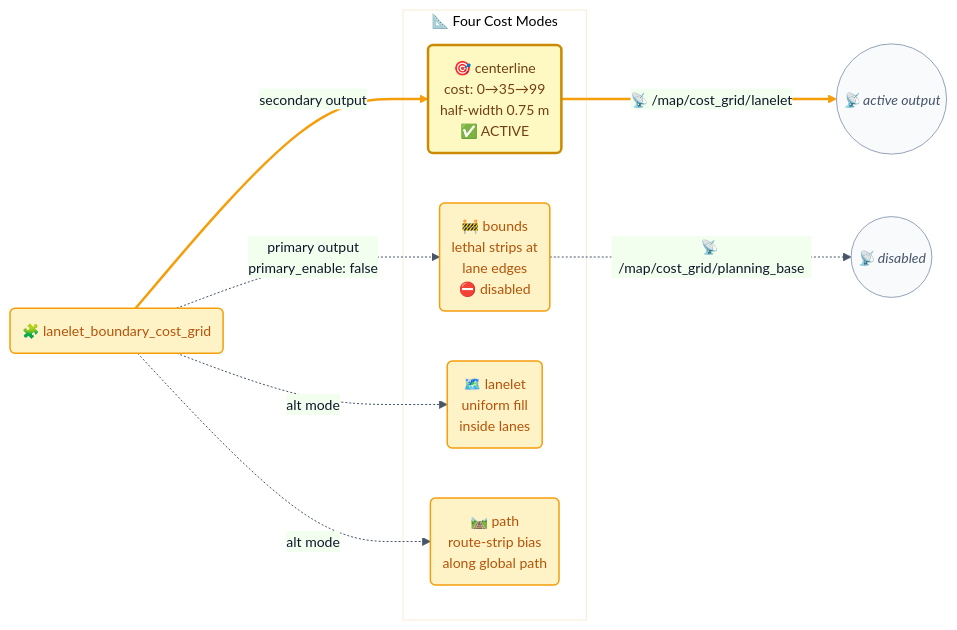
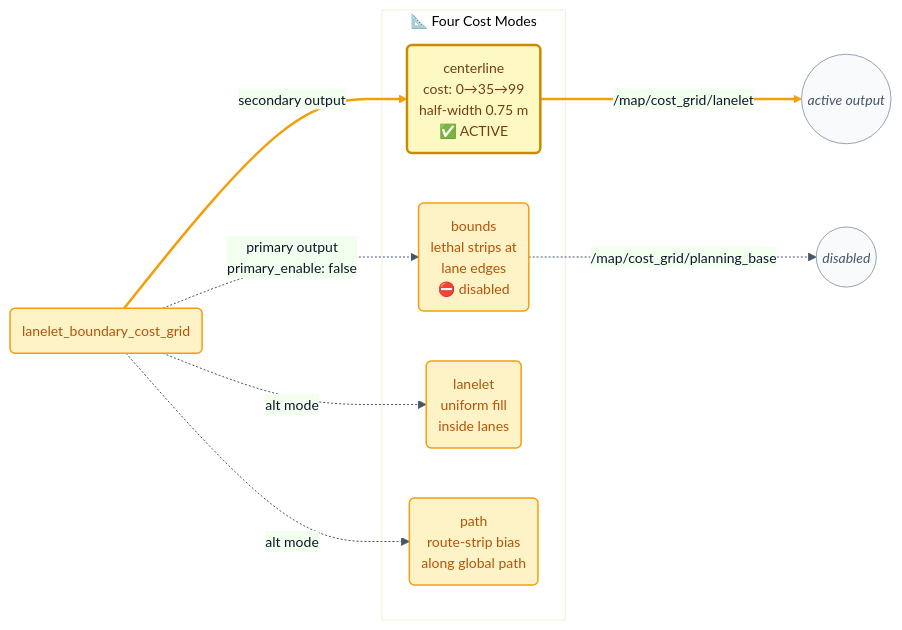
The third of 3 diagrams in camrod_map/README.md (hwanhonglee/CAMROD), drawn with Mermaid before and after one commit. The commit also changed other lines of this file and 11 other files, not shown here.

First line of the commit message:
docs: fix Mermaid syntax errors and reduce emoji overuse in all READMEs

````diff
--- a/camrod_map/README.md
+++ b/camrod_map/README.md
@@ -199,36 +199,36 @@
 ```mermaid
 %%{init: {'theme': 'base', 'themeVariables': {'fontFamily': 'ui-sans-serif, system-ui, sans-serif', 'fontSize': '14px', 'primaryColor': '#EEF2FF', 'primaryTextColor': '#0F172A', 'primaryBorderColor': '#6366F1', 'lineColor': '#475569'}, 'flowchart': {'curve': 'basis', 'htmlLabels': true, 'padding': 12}}}%%
 graph LR
   classDef sensing      fill:#ECFEFF,stroke:#06B6D4,stroke-width:1.5px,color:#0E7490;
   classDef localization fill:#ECFDF5,stroke:#10B981,stroke-width:1.5px,color:#047857;
   classDef mapping      fill:#FEF3C7,stroke:#F59E0B,stroke-width:1.5px,color:#B45309;
   classDef perception   fill:#FCE7F3,stroke:#EC4899,stroke-width:1.5px,color:#9D174D;
   classDef planning     fill:#EEF2FF,stroke:#6366F1,stroke-width:1.5px,color:#4338CA;
   classDef platform     fill:#FEE2E2,stroke:#EF4444,stroke-width:1.5px,color:#B91C1C;
   classDef parking      fill:#F5F3FF,stroke:#8B5CF6,stroke-width:1.5px,color:#6D28D9;
   classDef system       fill:#F1F5F9,stroke:#64748B,stroke-width:1.5px,color:#334155;
   classDef ui           fill:#FFF7ED,stroke:#F97316,stroke-width:1.5px,color:#C2410C;
   classDef topic        fill:#F8FAFC,stroke:#94A3B8,stroke-width:1px,color:#475569,font-style:italic;
   classDef config       fill:#FFFBEB,stroke:#D97706,stroke-width:1.5px,color:#92400E;
   classDef hardware     fill:#FAFAFA,stroke:#6B7280,stroke-width:1.5px,color:#374151;
   classDef highlight    fill:#FEF9C3,stroke:#CA8A04,stroke-width:2.5px,color:#713F12;
 
-  NODE(🧩 lanelet_boundary_cost_grid):::mapping
+  NODE(lanelet_boundary_cost_grid):::mapping
 
   subgraph MODES["📐 Four Cost Modes"]
-    CL("🎯 centerline\ncost: 0→35→99\nhalf-width 0.75 m\n✅ ACTIVE"):::highlight
-    BD("🚧 bounds\nlethal strips at\nlane edges\n⛔ disabled"):::mapping
-    LL("🗺️ lanelet\nuniform fill\ninside lanes"):::mapping
-    PT("🛤️ path\nroute-strip bias\nalong global path"):::mapping
+    CL("centerline\ncost: 0→35→99\nhalf-width 0.75 m\n✅ ACTIVE"):::highlight
+    BD("bounds\nlethal strips at\nlane edges\n⛔ disabled"):::mapping
+    LL("lanelet\nuniform fill\ninside lanes"):::mapping
+    PT("path\nroute-strip bias\nalong global path"):::mapping
   end
 
   NODE ==>|secondary output| CL
   NODE -.->|primary output\nprimary_enable: false| BD
   NODE -.->|alt mode| LL
   NODE -.->|alt mode| PT
 
-  CL ==>|📡 /map/cost_grid/lanelet| OUT1((📡 active output)):::topic
-  BD -.->|📡 /map/cost_grid/planning_base| OUT2((📡 disabled)):::topic
+  CL ==>|/map/cost_grid/lanelet| OUT1((active output)):::topic
+  BD -.->|/map/cost_grid/planning_base| OUT2((disabled)):::topic
 
   linkStyle 0,4 stroke:#F59E0B,stroke-width:2.5px;
 ```
````
